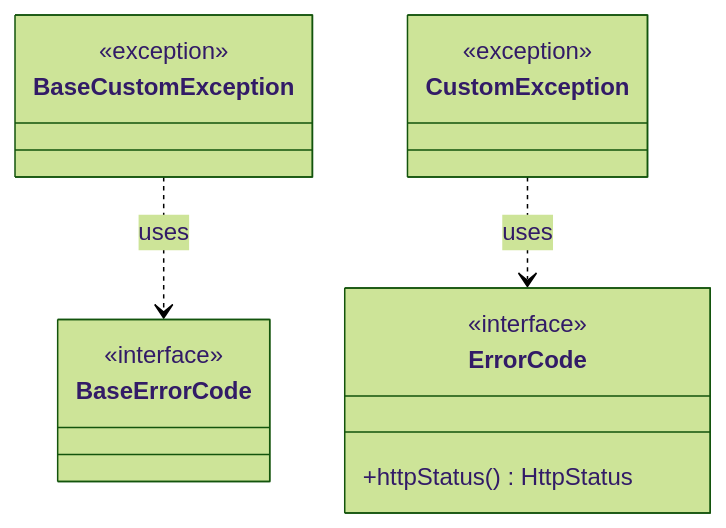
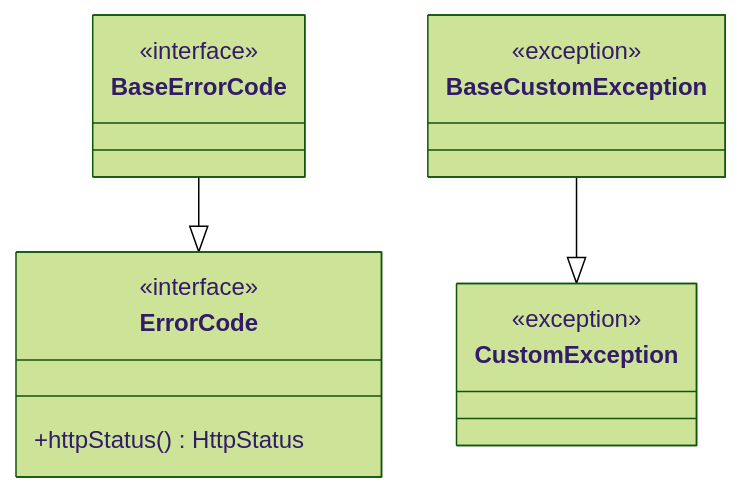
Before and after one commit to merge-simpson/letsdev-error-code-api: the second of 2 diagrams in README.md, drawn with Mermaid.

Commit message:
docs(readme): fix mermaid to present generalization

````diff
--- a/README.md
+++ b/README.md
@@ -85,27 +85,27 @@
 ```mermaid
 %%{init: {"theme": "forest", "themeVariables": {"fontFamily": "Comic Sans MS"}}}%%
 classDiagram
 %% 클래스 목록
     class BaseErrorCode {
         <<interface>>
     }
 
     class BaseCustomException {
         <<exception>>
     }
     
     class ErrorCode {
         <<interface>>
         +httpStatus() HttpStatus
     }
 
     class CustomException {
         <<exception>>
     }
 
 %% 관계 표현
-    %% ErrorCode ..|> BaseErrorCode
-    %% CustomException --|> BaseCustomException
-    BaseCustomException ..> BaseErrorCode : uses
-    CustomException ..> ErrorCode : uses
+%%    BaseCustomException ..> BaseErrorCode : uses
+%%    CustomException ..> ErrorCode : uses
+    BaseErrorCode --|> ErrorCode
+    BaseCustomException --|> CustomException
 ```
````
